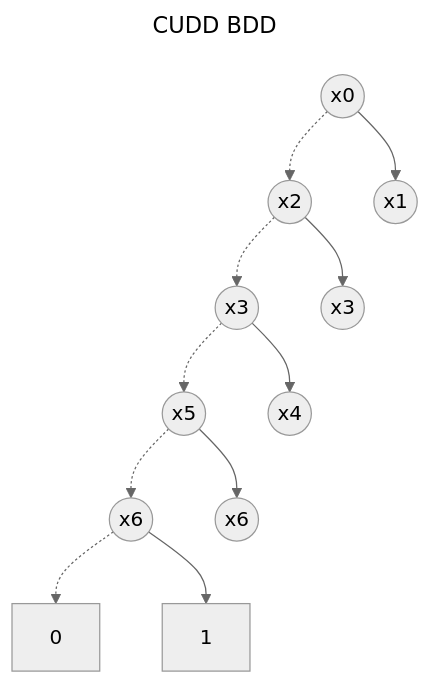
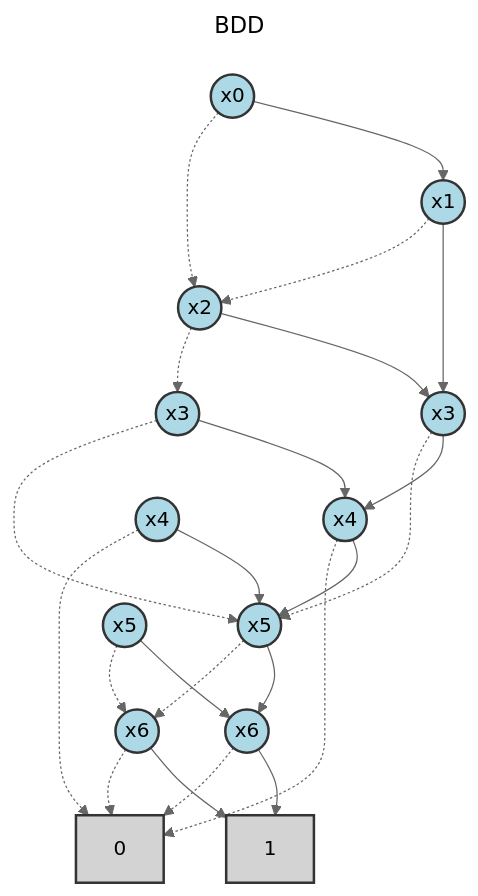
The second of 2 diagrams in test_expressions/cudd_reference_outputs/filter_expression_analysis.md (Alan-Jowett/bdd_test), drawn with Mermaid (neutral theme) before and after one commit. The commit also changed other lines of this file and 13 other files, not shown here.

````diff
--- a/test_expressions/cudd_reference_outputs/filter_expression_analysis.md
+++ b/test_expressions/cudd_reference_outputs/filter_expression_analysis.md
@@ -76,40 +76,59 @@
 ```mermaid
 ---
-title: CUDD BDD
+title: BDD
 ---
 flowchart TD
-    N0(("x0"))
-    N1(("x2"))
-    N2(("x3"))
-    N3(("x5"))
-    N4(("x6"))
-    N5["0"]
-    N6["1"]
-    N7(("x6"))
+    N0["1"]
+    N1["0"]
+    N2(("x6"))
+    N3(("x6"))
+    N4(("x5"))
+    N5(("x4"))
+    N6(("x3"))
+    N7(("x5"))
     N8(("x4"))
     N9(("x3"))
-    N10(("x1"))
+    N10(("x2"))
+    N11(("x1"))
+    N12(("x0"))
 
-    N0 -.-> N1
-    N1 -.-> N2
-    N2 -.-> N3
-    N3 -.-> N4
-    N4 -.-> N5
-    N4 --> N6
-    N3 --> N7
-    N2 --> N8
-    N1 --> N9
-    N0 --> N10
+    N2 -.-> N1
+    N2 --> N0
+    N3 -.-> N1
+    N3 --> N0
+    N4 -.-> N2
+    N4 --> N3
+    N5 -.-> N1
+    N5 --> N4
+    N6 -.-> N4
+    N6 --> N5
+    N7 -.-> N2
+    N7 --> N3
+    N8 -.-> N1
+    N8 --> N4
+    N9 -.-> N4
+    N9 --> N5
+    N10 -.-> N9
+    N10 --> N6
+    N11 -.-> N10
+    N11 --> N6
+    N12 -.-> N10
+    N12 --> N11
 
-    class N0 default
-    class N1 default
-    class N2 default
-    class N3 default
-    class N4 default
-    class N5 default
-    class N6 default
-    class N7 default
-    class N8 default
-    class N9 default
-    class N10 default
+    class N0 terminal
+    class N1 terminal
+    class N2 bddVariable
+    class N3 bddVariable
+    class N4 bddVariable
+    class N5 bddVariable
+    class N6 bddVariable
+    class N7 bddVariable
+    class N8 bddVariable
+    class N9 bddVariable
+    class N10 bddVariable
+    class N11 bddVariable
+    class N12 bddVariable
+
+    classDef bddVariable fill:lightblue,stroke:#333,stroke-width:2px,color:#000
+    classDef terminal fill:lightgray,stroke:#333,stroke-width:2px,color:#000
 ```
````
